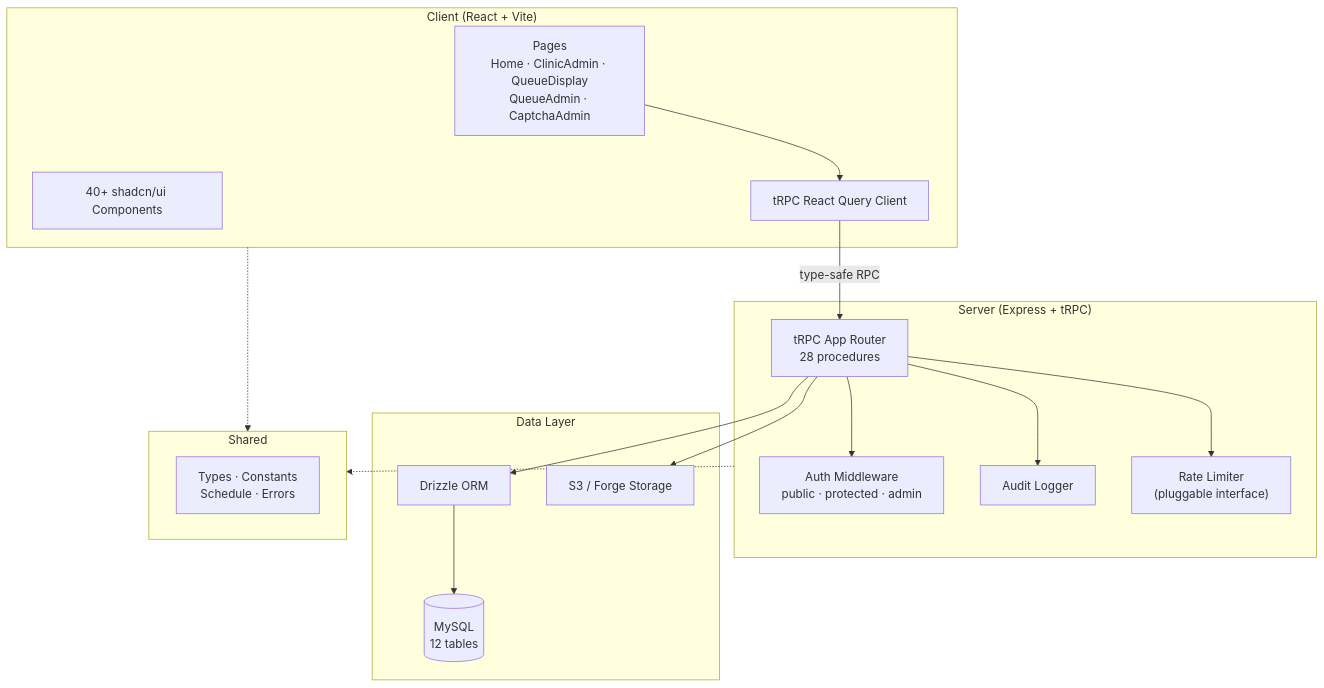
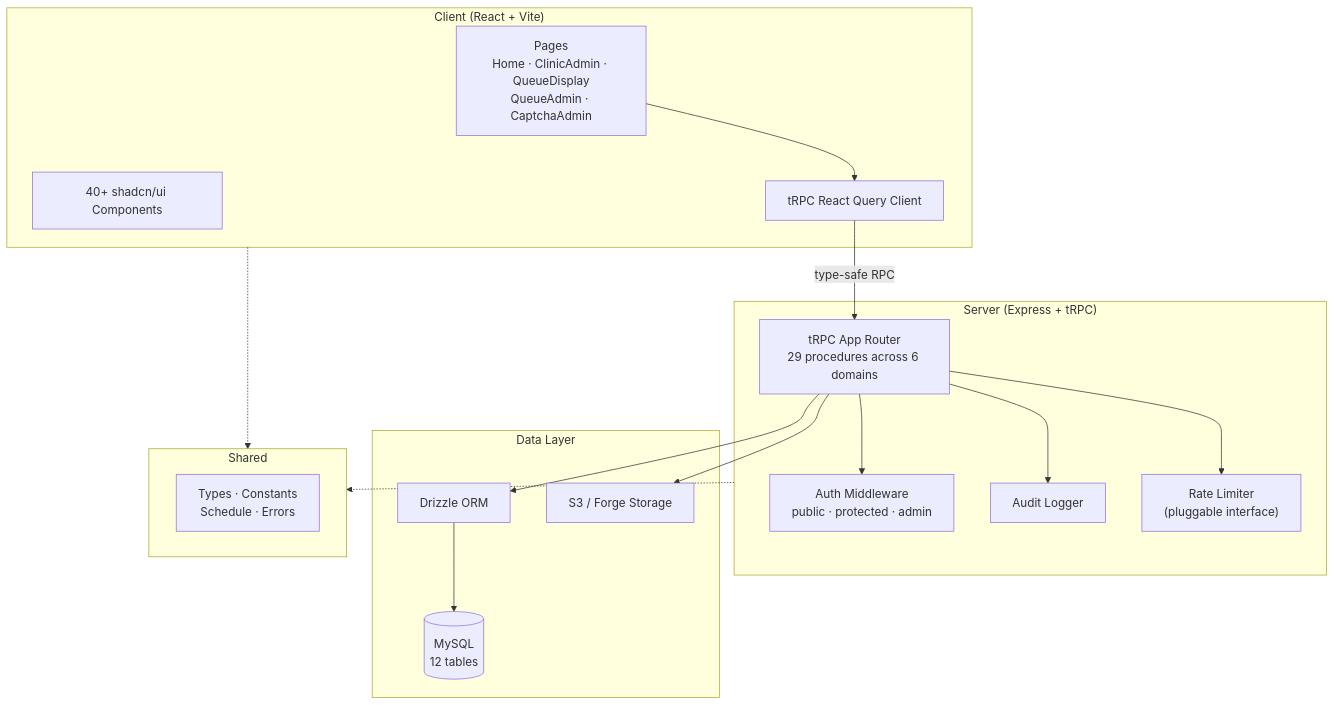
Before and after one commit to nhasibuan/primecare-clinic-reimagined: the first of 2 diagrams in README.md, drawn with Mermaid. The commit also changed other lines of this file and 26 other files, not shown here.

Commit message:
docs: update README with SWOT, fact verification, and adversarial review; refactor architecture and rate limiter

````diff
--- a/README.md
+++ b/README.md
@@ -59,36 +61,36 @@
 ```mermaid
 flowchart TD
     subgraph Client["Client (React + Vite)"]
         Pages["Pages<br/>Home · ClinicAdmin · QueueDisplay<br/>QueueAdmin · CaptchaAdmin"]
         Components["40+ shadcn/ui Components"]
         tRPCClient["tRPC React Query Client"]
     end
 
     subgraph Server["Server (Express + tRPC)"]
-        Router["tRPC App Router<br/>28 procedures"]
+        Router["tRPC App Router<br/>29 procedures across 6 domains"]
         Auth["Auth Middleware<br/>public · protected · admin"]
         AuditLog["Audit Logger"]
         RateLimiter["Rate Limiter<br/>(pluggable interface)"]
     end
 
     subgraph Data["Data Layer"]
         Drizzle["Drizzle ORM"]
         MySQL[("MySQL<br/>12 tables")]
         S3["S3 / Forge Storage"]
     end
 
     subgraph Shared["Shared"]
         Types["Types · Constants<br/>Schedule · Errors"]
     end
 
     Pages --> tRPCClient
     tRPCClient -->|"type-safe RPC"| Router
     Router --> Auth
     Router --> AuditLog
     Router --> RateLimiter
     Router --> Drizzle
     Drizzle --> MySQL
     Router --> S3
     Client -.-> Shared
     Server -.-> Shared
 ```
````
